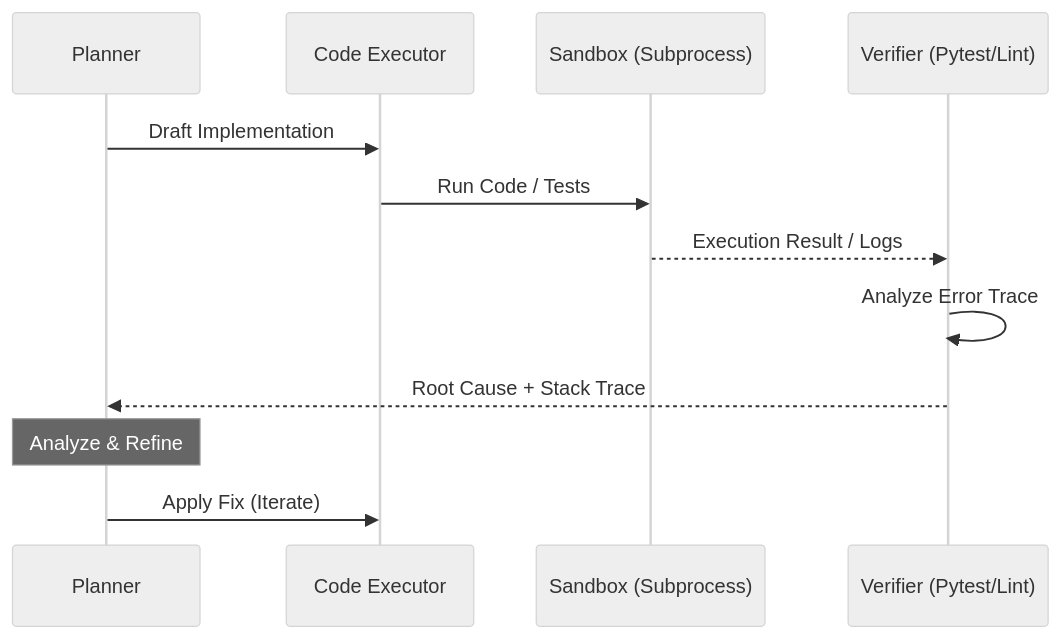
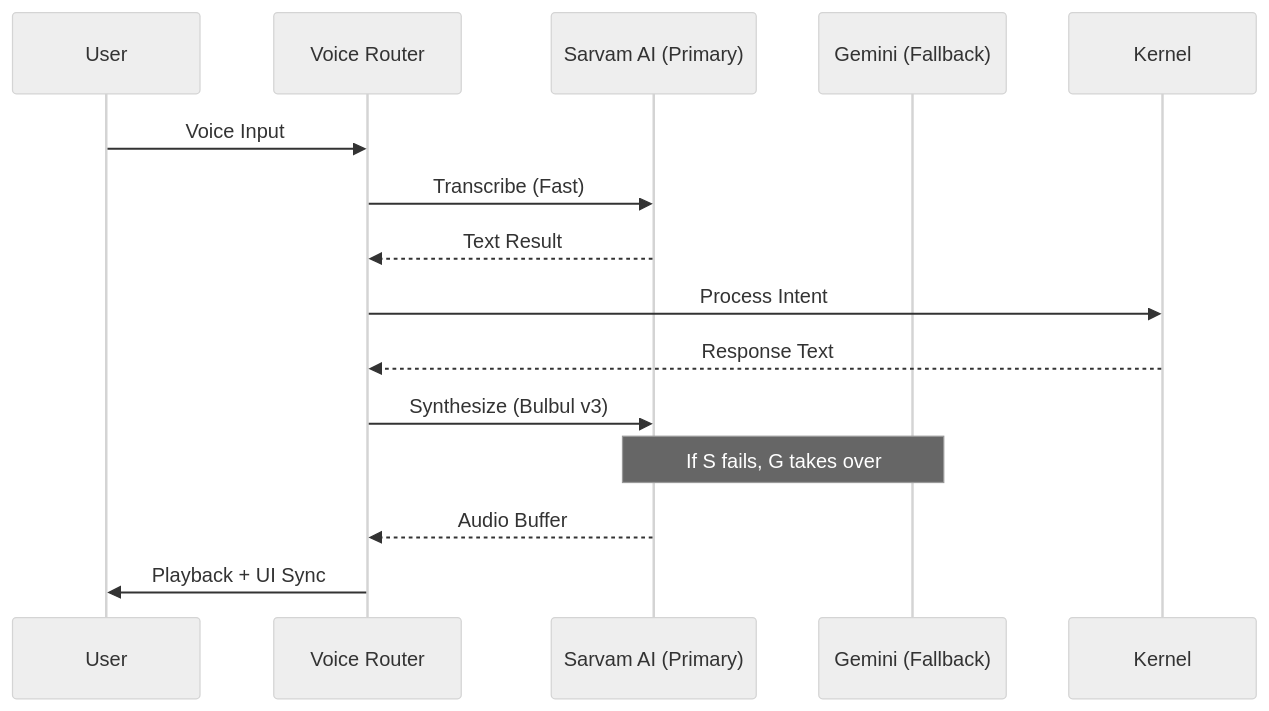
One commit to Sirius6907/B.U.D.D.Y-Mark-67 changed the third of 4 diagrams in README.md. Above: the diagram before and after it, drawn with Mermaid (neutral theme). The commit also changed other lines of this file, not shown here.

Commit message:
docs: Enhance README with comprehensive engineering details, diagrams, and benchmarks

````diff
--- a/README.md
+++ b/README.md
@@ -84,15 +67,18 @@
 ```mermaid
 sequenceDiagram
-    participant P as Planner
-    participant E as Code Executor
-    participant S as Sandbox (Subprocess)
-    participant V as Verifier (Pytest/Lint)
+    participant U as User
+    participant V as Voice Router
+    participant S as Sarvam AI (Primary)
+    participant G as Gemini (Fallback)
+    participant K as Kernel
     
-    P->>E: Draft Implementation
-    E->>S: Run Code / Tests
-    S-->>V: Execution Result / Logs
-    V->>V: Analyze Error Trace
-    V-->>P: Root Cause + Stack Trace
-    Note over P: Analyze & Refine
-    P->>E: Apply Fix (Iterate)
+    U->>V: Voice Input
+    V->>S: Transcribe (Fast)
+    S-->>V: Text Result
+    V->>K: Process Intent
+    K-->>V: Response Text
+    V->>S: Synthesize (Bulbul v3)
+    Note over S,G: If S fails, G takes over
+    S-->>V: Audio Buffer
+    V->>U: Playback + UI Sync
 ```
````
